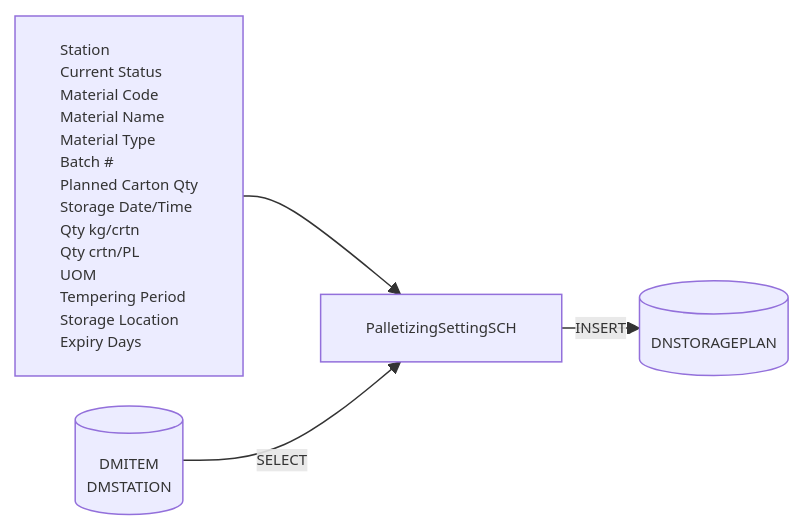
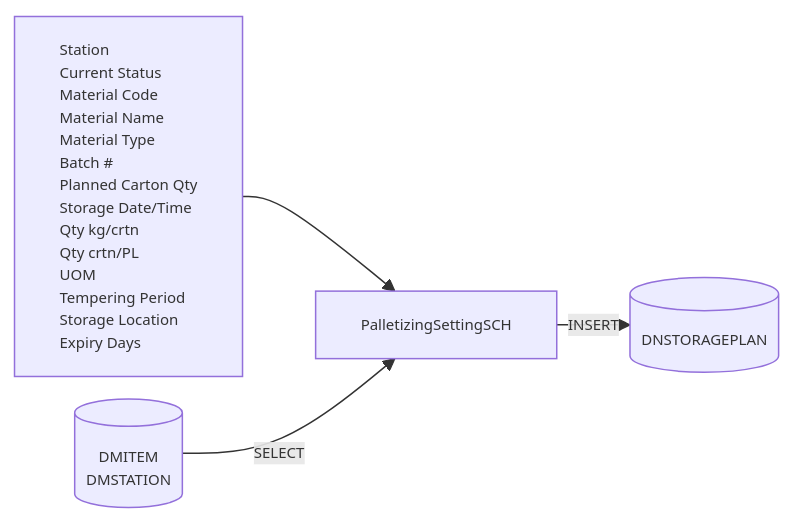
Before and after one commit to luthfiadityaa/SimeDarby-Wiki: the first of 7 diagrams in Basic-Design/DFD-WMS/Storage/PALLETIZE-OPERATION-FROM-IKEDA.md, drawn with Mermaid.

Commit message:
Updated PALLETIZE OPERATION FROM IKEDA

```diff
--- a/Basic-Design/DFD-WMS/Storage/PALLETIZE-OPERATION-FROM-IKEDA.md
+++ b/Basic-Design/DFD-WMS/Storage/PALLETIZE-OPERATION-FROM-IKEDA.md
@@ -99,47 +99,47 @@
 ::: mermaid
 flowchart LR
 
 %%{init:{
   "themeVariables": { "fontSize": "10px" },
   "flowchart": {
     "useMaxWidth": false,
-    "diagramPadding": 2,
-    "nodeSpacing": 20,
-    "rankSpacing": 18
+    "diagramPadding": 5,
+    "nodeSpacing": 15,
+    "rankSpacing": 15
   }
 }}%%
 
     input[
         Station
         Current Status
         Material Code
         Material Name
         Material Type
         Batch #
         Planned Carton Qty
         Storage Date/Time
         Qty kg/crtn
         Qty crtn/PL
         UOM
         Tempering Period
         Storage Location
         Expiry Days
     ]
 
     tableList-insert[("
         DNSTORAGEPLAN
     ")]
 
      tableList-select[("
         DMITEM
         DMSTATION
     ")]
 
     className[PalletizingSettingSCH]
 
     input --> className --> |INSERT| tableList-insert
     tableList-select --> |SELECT| className
 
     classDef leftAlign text-align:left;
     class input leftAlign;
 :::
```
